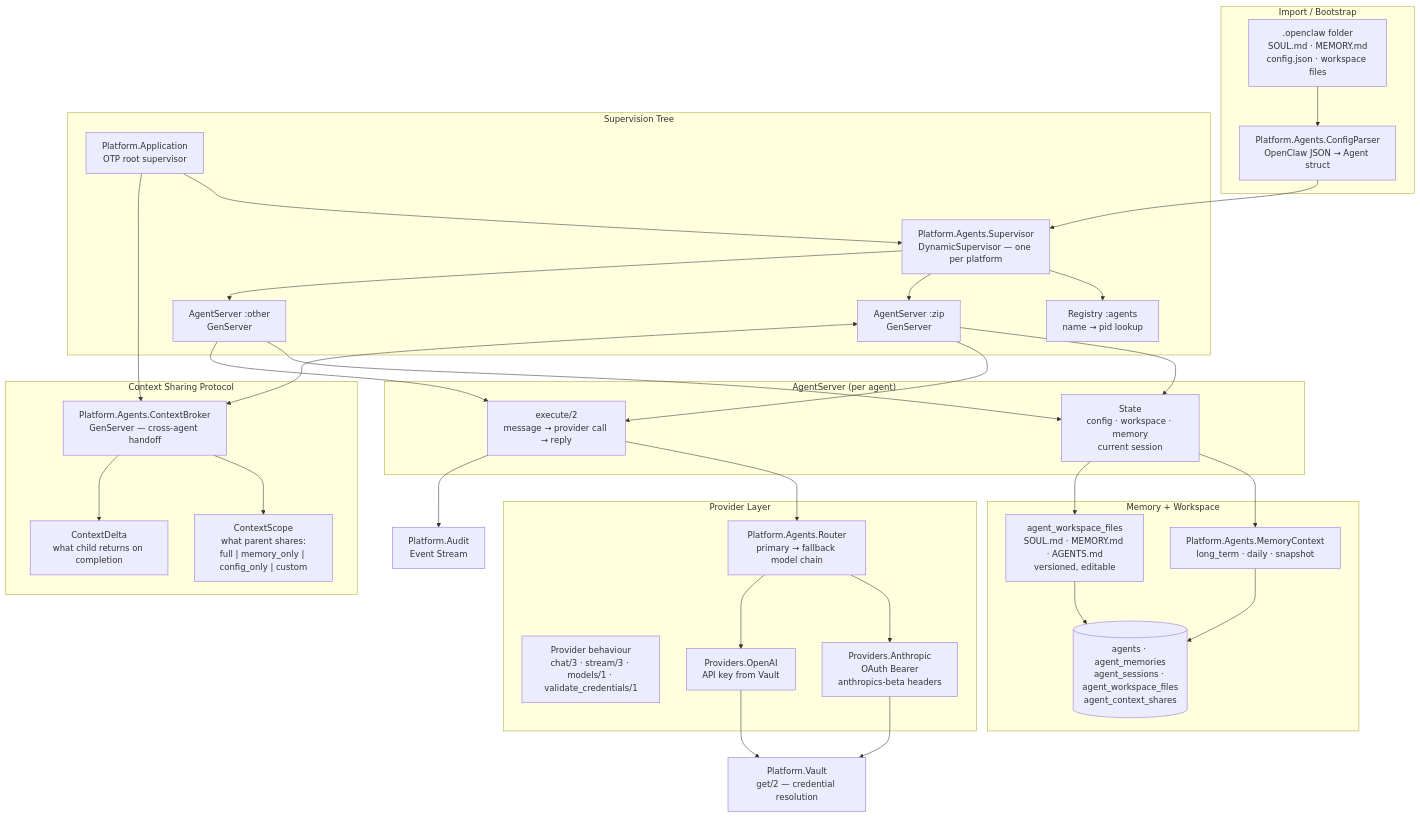
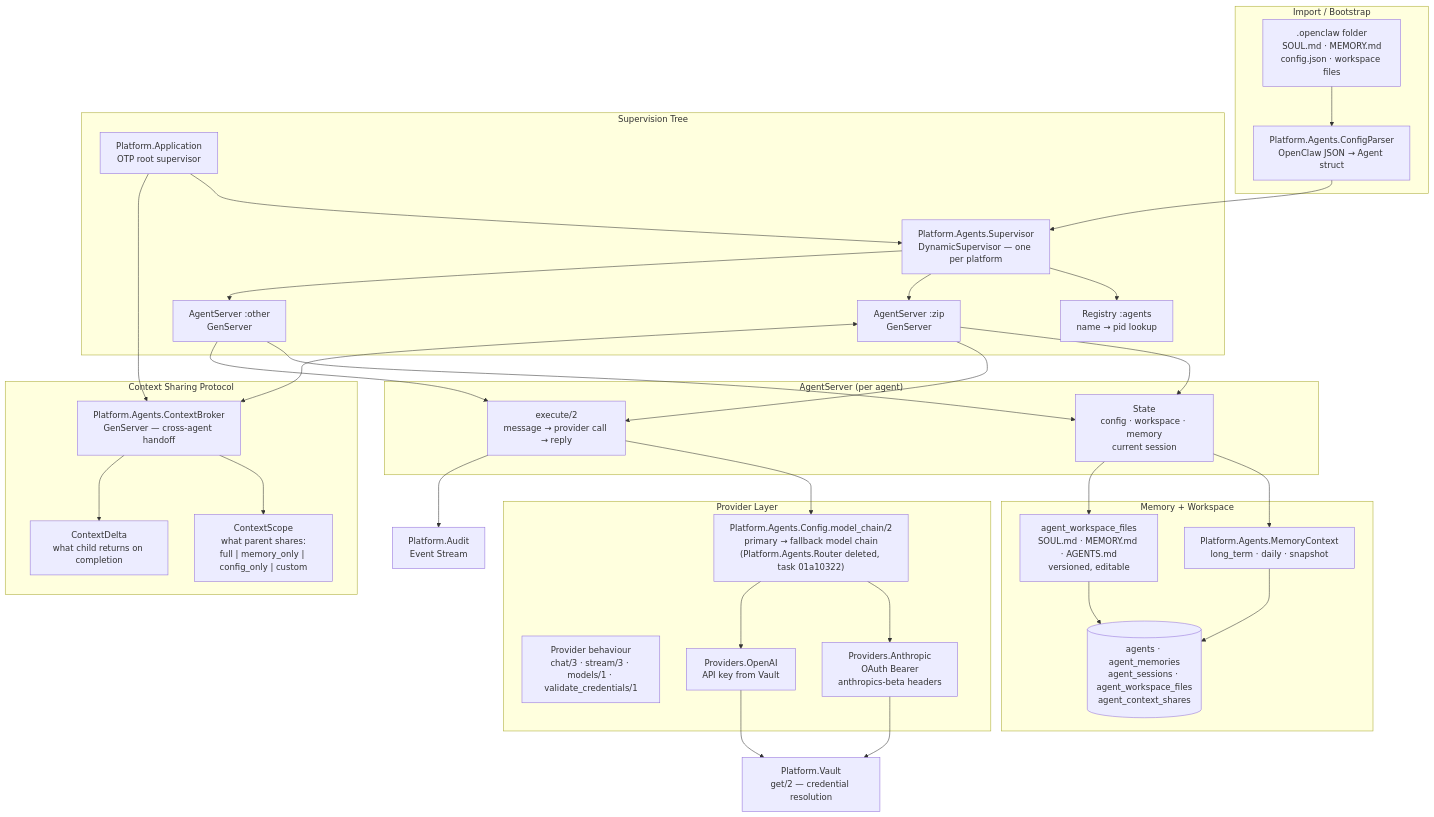
Before and after one commit to GetBurrowing/core: the diagram in docs/architecture/03-agent-runtime-adr-0007.md, drawn with Mermaid. The commit also changed 125 other files, not shown here.

````diff
--- a/docs/architecture/03-agent-runtime-adr-0007.md
+++ b/docs/architecture/03-agent-runtime-adr-0007.md
@@ -5,58 +5,58 @@
 ```mermaid
 graph TB
   subgraph Import["Import / Bootstrap"]
     DotOpenClaw[".openclaw folder<br/>SOUL.md · MEMORY.md<br/>config.json · workspace files"]
     ConfigParser["Platform.Agents.ConfigParser<br/>OpenClaw JSON → Agent struct"]
   end
 
   subgraph Supervision["Supervision Tree"]
     AppSup["Platform.Application<br/>OTP root supervisor"]
     AgentSup["Platform.Agents.Supervisor<br/>DynamicSupervisor — one per platform"]
     Registry["Registry :agents<br/>name → pid lookup"]
     ServerA["AgentServer :zip<br/>GenServer"]
     ServerB["AgentServer :other<br/>GenServer"]
   end
 
   subgraph AgentServer["AgentServer (per agent)"]
     State["State<br/>config · workspace · memory<br/>current session"]
     ExecPipeline["execute/2<br/>message → provider call → reply"]
   end
 
   subgraph Context["Context Sharing Protocol"]
     ContextBroker["Platform.Agents.ContextBroker<br/>GenServer — cross-agent handoff"]
     ContextScope["ContextScope<br/>what parent shares:<br/>full | memory_only | config_only | custom"]
     ContextDelta["ContextDelta<br/>what child returns on completion"]
   end
 
   subgraph Providers["Provider Layer"]
-    Router["Platform.Agents.Router<br/>primary → fallback model chain"]
+    Router["Platform.Agents.Config.model_chain/2<br/>primary → fallback model chain<br/>(Platform.Agents.Router deleted, task 01a10322)"]
     Behaviour["Provider behaviour<br/>chat/3 · stream/3 · models/1 · validate_credentials/1"]
     Anthropic["Providers.Anthropic<br/>OAuth Bearer<br/>anthropics-beta headers"]
     OpenAI["Providers.OpenAI<br/>API key from Vault"]
   end
 
   subgraph Memory["Memory + Workspace"]
     MemCtx["Platform.Agents.MemoryContext<br/>long_term · daily · snapshot"]
     WorkspaceFiles["agent_workspace_files<br/>SOUL.md · MEMORY.md · AGENTS.md<br/>versioned, editable"]
     DB[("agents · agent_memories<br/>agent_sessions · agent_workspace_files<br/>agent_context_shares")]
   end
 
   Vault["Platform.Vault<br/>get/2 — credential resolution"]
   AuditStream["Platform.Audit<br/>Event Stream"]
 
   DotOpenClaw --> ConfigParser
   ConfigParser --> AgentSup
   AppSup --> AgentSup & ContextBroker
   AgentSup --> Registry & ServerA & ServerB
   ServerA & ServerB --> State & ExecPipeline
   ExecPipeline --> Router
   ServerA <--> ContextBroker
   ContextBroker --> ContextScope & ContextDelta
   Router --> Anthropic & OpenAI
   Anthropic --> Vault
   OpenAI --> Vault
   State --> MemCtx & WorkspaceFiles
   MemCtx --> DB
   WorkspaceFiles --> DB
   ExecPipeline --> AuditStream
 ```
````
